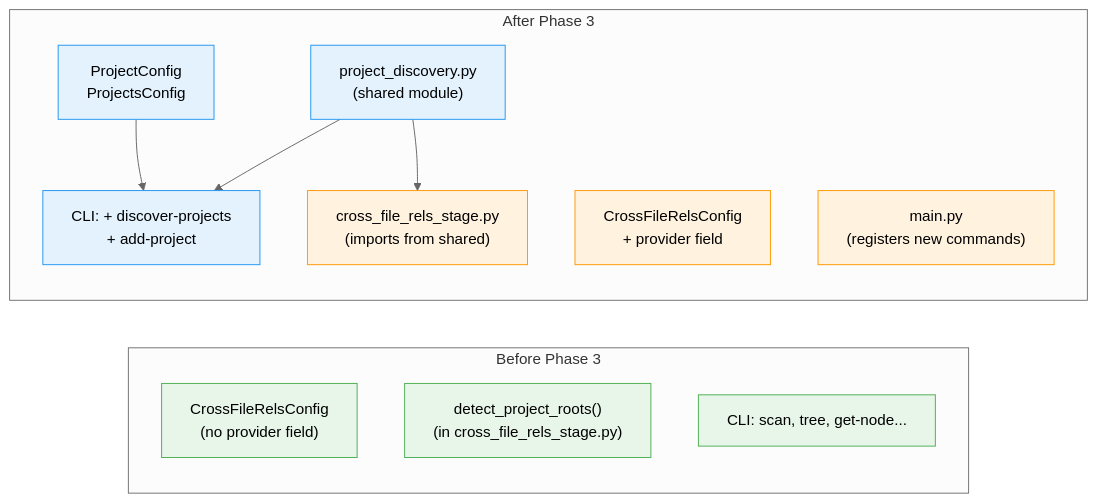
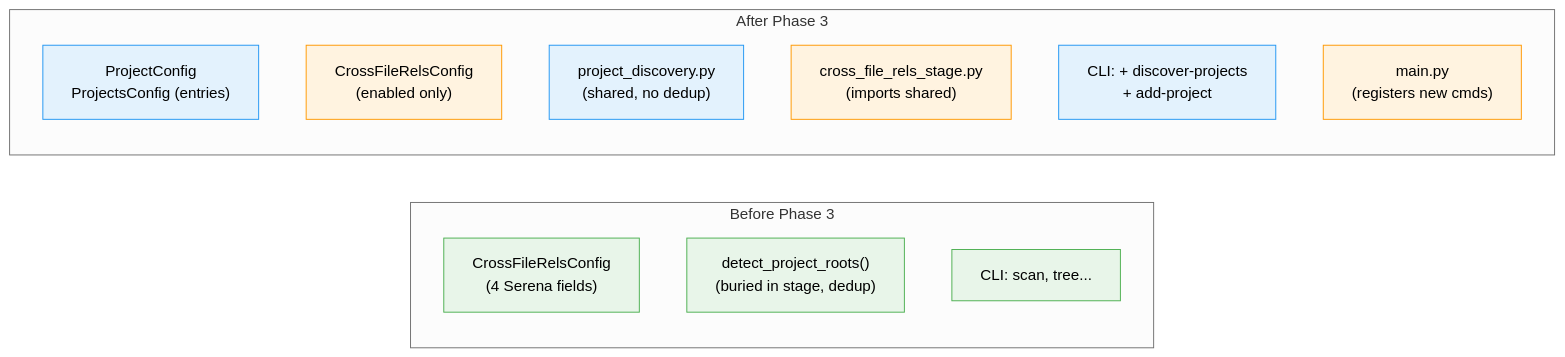
The second of 2 diagrams in docs/plans/038-scip-cross-file-rels/tasks/phase-3-config-discovery-cli/tasks.fltplan.md (AI-Substrate/flow_squared), drawn with Mermaid (neutral theme) before and after one commit. The commit also changed other lines of this file and 1 other file, not shown here.

````diff
--- a/docs/plans/038-scip-cross-file-rels/tasks/phase-3-config-discovery-cli/tasks.fltplan.md
+++ b/docs/plans/038-scip-cross-file-rels/tasks/phase-3-config-discovery-cli/tasks.fltplan.md
@@ -90,25 +90,21 @@
 ```mermaid
 flowchart LR
     classDef existing fill:#E8F5E9,stroke:#4CAF50,color:#000
     classDef changed fill:#FFF3E0,stroke:#FF9800,color:#000
     classDef new fill:#E3F2FD,stroke:#2196F3,color:#000
 
     subgraph Before["Before Phase 3"]
-        B_CFR["CrossFileRelsConfig\n(no provider field)"]:::existing
-        B_DPR["detect_project_roots()\n(in cross_file_rels_stage.py)"]:::existing
-        B_CLI["CLI: scan, tree, get-node..."]:::existing
+        B_CFR["CrossFileRelsConfig\n(4 Serena fields)"]:::existing
+        B_DPR["detect_project_roots()\n(buried in stage, dedup)"]:::existing
+        B_CLI["CLI: scan, tree..."]:::existing
     end
 
     subgraph After["After Phase 3"]
-        A_PC["ProjectConfig\nProjectsConfig"]:::new
-        A_CFR["CrossFileRelsConfig\n+ provider field"]:::changed
-        A_PD["project_discovery.py\n(shared module)"]:::new
-        A_STAGE["cross_file_rels_stage.py\n(imports from shared)"]:::changed
+        A_PC["ProjectConfig\nProjectsConfig (entries)"]:::new
+        A_CFR["CrossFileRelsConfig\n(enabled only)"]:::changed
+        A_PD["project_discovery.py\n(shared, no dedup)"]:::new
+        A_STAGE["cross_file_rels_stage.py\n(imports shared)"]:::changed
         A_CLI["CLI: + discover-projects\n+ add-project"]:::new
-        A_MAIN["main.py\n(registers new commands)"]:::changed
-
-        A_PC --> A_CLI
-        A_PD --> A_CLI
-        A_PD --> A_STAGE
+        A_MAIN["main.py\n(registers new cmds)"]:::changed
     end
 ```
````
